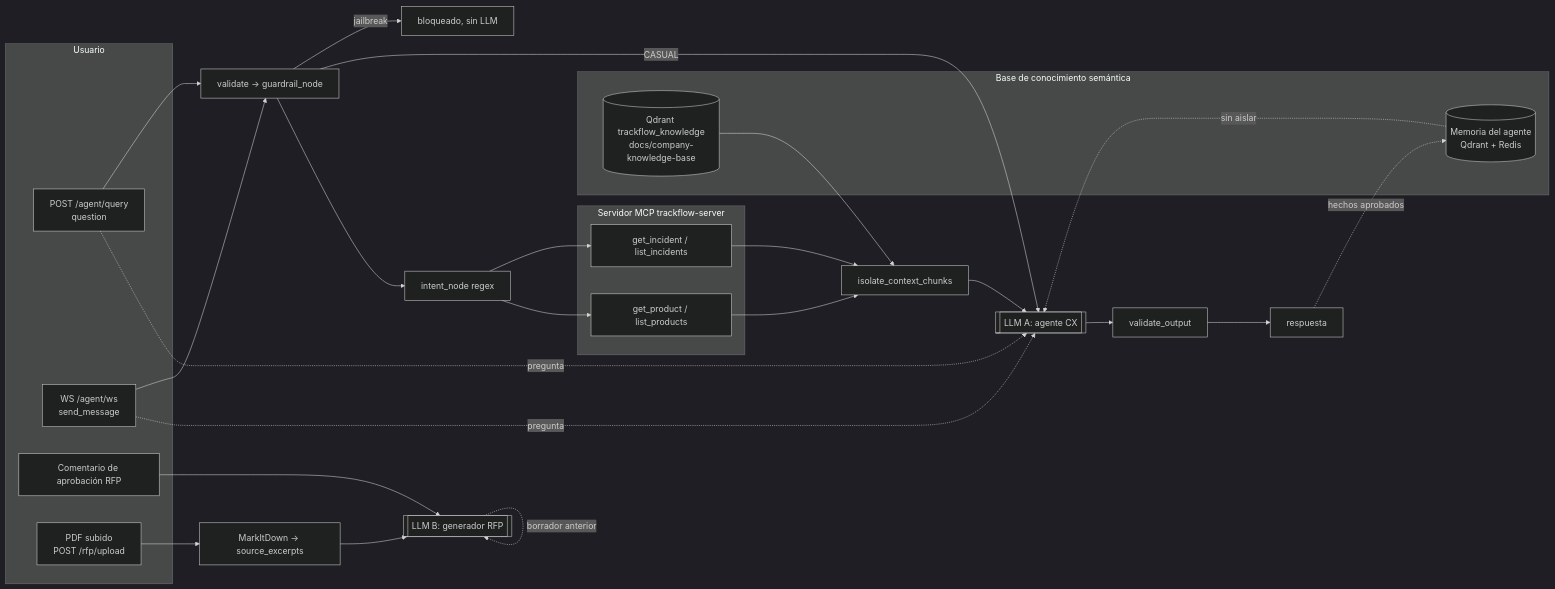
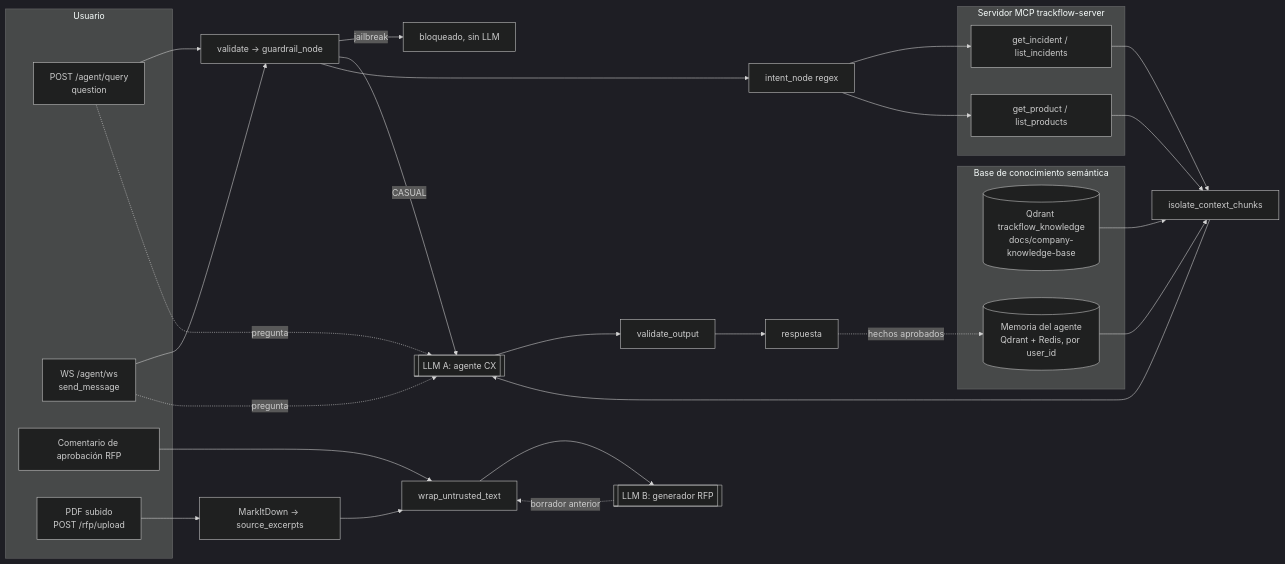
Before and after one commit to 4GeeksAcademy/sp-aie-shernandez1689-project-logistic: the diagram in docs/security/nist/README.md, drawn with Mermaid (dark theme). The commit also changed other lines of this file and 1 other file, not shown here.

````diff
--- a/docs/security/nist/README.md
+++ b/docs/security/nist/README.md
@@ -55,35 +253,36 @@
 ```mermaid
 flowchart LR
   subgraph Usuario
     U1[POST /agent/query<br/>question]
     U2[WS /agent/ws<br/>send_message]
     U3[Comentario de aprobación RFP]
     U4[PDF subido<br/>POST /rfp/upload]
   end
   subgraph KB[Base de conocimiento semántica]
     K1[(Qdrant trackflow_knowledge<br/>docs/company-knowledge-base)]
-    K2[(Memoria del agente<br/>Qdrant + Redis)]
+    K2[(Memoria del agente<br/>Qdrant + Redis, por user_id)]
   end
   subgraph MCP[Servidor MCP trackflow-server]
     T1[get_incident / list_incidents]
     T2[get_product / list_products]
   end
 
   U1 --> G[validate → guardrail_node]
   U2 --> G
   G -->|jailbreak| X[bloqueado, sin LLM]
   G -->|CASUAL| LLMa
   G --> I[intent_node regex]
   I --> T1 & T2
   T1 & T2 --> ISO[isolate_context_chunks]
   K1 --> ISO
+  K2 --> ISO
   ISO --> LLMa[[LLM A: agente CX]]
-  K2 -. sin aislar .-> LLMa
   U1 & U2 -. pregunta .-> LLMa
   LLMa --> VO[validate_output] --> R[respuesta]
   R -. hechos aprobados .-> K2
 
-  U4 --> MD[MarkItDown → source_excerpts] --> LLMb[[LLM B: generador RFP]]
-  U3 --> LLMb
-  LLMb -. borrador anterior .-> LLMb
+  U4 --> MD[MarkItDown → source_excerpts] --> W[wrap_untrusted_text]
+  U3 --> W
+  W --> LLMb[[LLM B: generador RFP]]
+  LLMb -. borrador anterior .-> W
 ```
````
